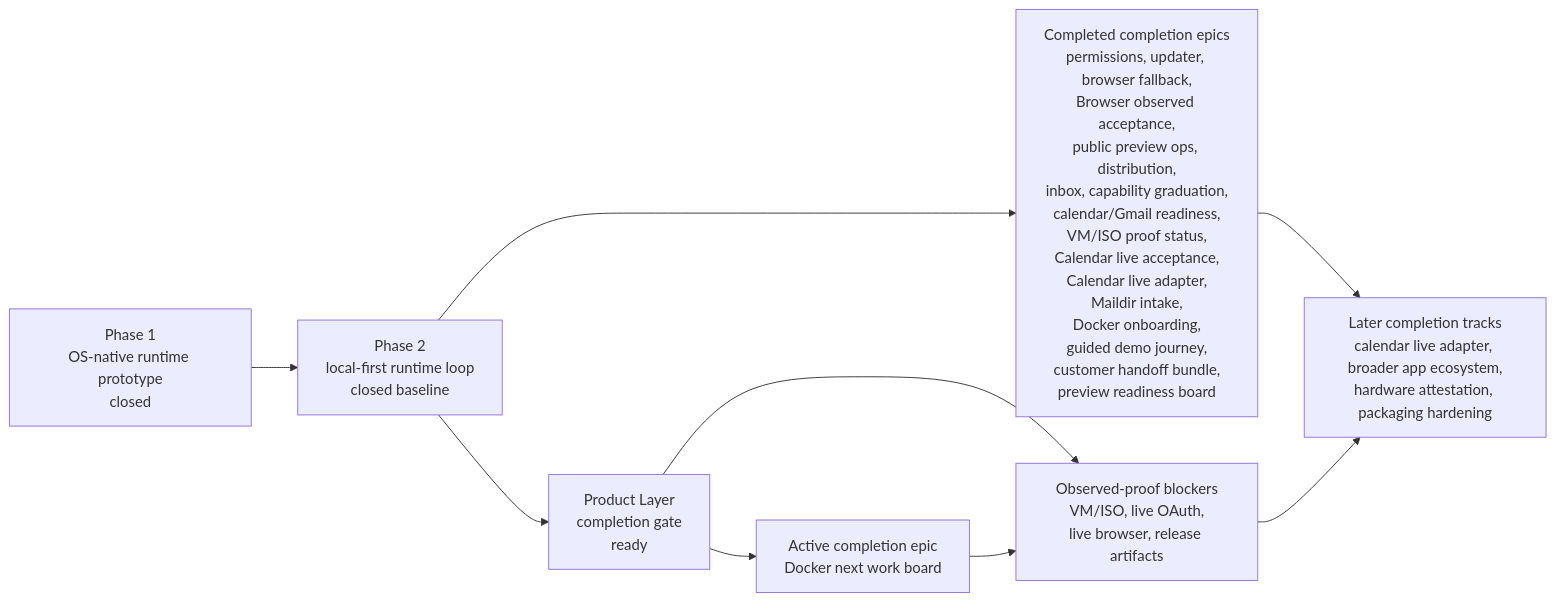
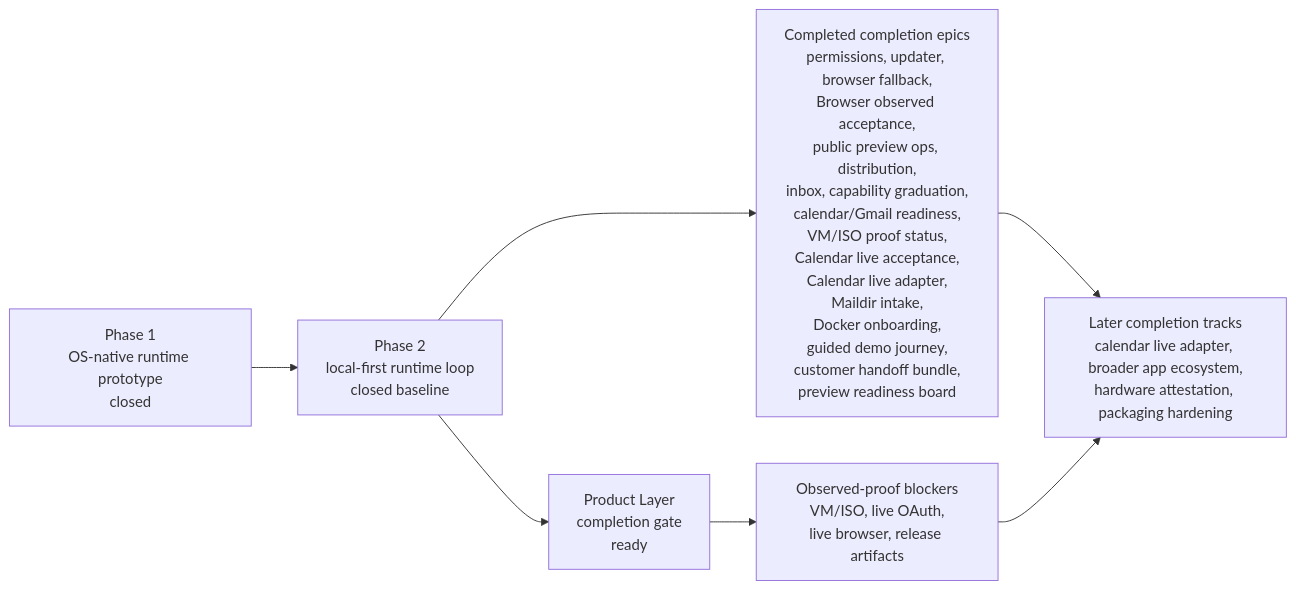
Before and after one commit to Jongtae/agentos: the diagram in README.md, drawn with Mermaid. The commit also changed other lines of this file and 3 other files, not shown here.

Commit message:
Close Docker next work board epic docs

````diff
--- a/README.md
+++ b/README.md
@@ -179,17 +179,15 @@
 ```mermaid
 flowchart LR
   phase1["Phase 1\nOS-native runtime prototype\nclosed"]
   phase2["Phase 2\nlocal-first runtime loop\nclosed baseline"]
   ready["Product Layer\ncompletion gate\nready"]
-  active["Active completion epic\nDocker next work board"]
   completed["Completed completion epics\npermissions, updater, browser fallback,\nBrowser observed acceptance,\npublic preview ops, distribution,\ninbox, capability graduation,\ncalendar/Gmail readiness,\nVM/ISO proof status,\nCalendar live acceptance,\nCalendar live adapter,\nMaildir intake,\nDocker onboarding,\nguided demo journey,\ncustomer handoff bundle,\npreview readiness board"]
   blocked["Observed-proof blockers\nVM/ISO, live OAuth,\nlive browser, release artifacts"]
   future["Later completion tracks\ncalendar live adapter, broader app ecosystem,\nhardware attestation, packaging hardening"]
 
-  phase1 --> phase2 --> ready --> active
+  phase1 --> phase2 --> ready
   phase2 --> completed
   ready --> blocked
-  active --> blocked
   completed --> future
   blocked --> future
 ```
````
